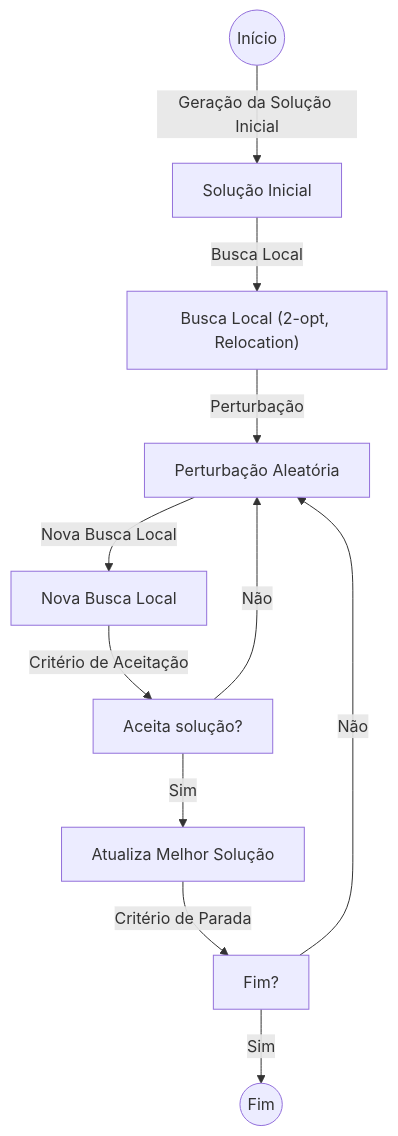
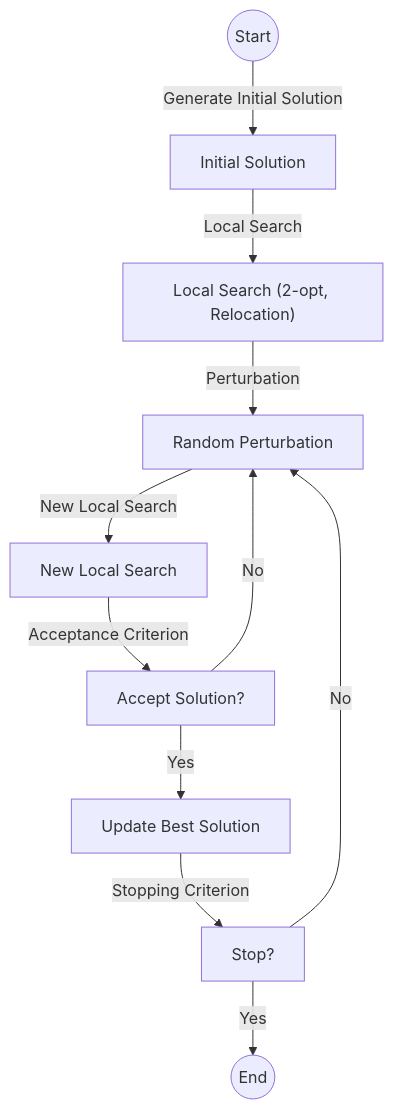
Before and after one commit to IsaacKosloski/CapacitatedVehicleRoutingProblem-ILS: the diagram in README.md, drawn with Mermaid. The commit also changed other lines of this file, not shown here.

````diff
--- a/README.md
+++ b/README.md
@@ -55,13 +56,13 @@
 ```mermaid
 graph TD;
-    Start((Início)) -->|Geração da Solução Inicial| Init["Solução Inicial"];
-    Init -->|Busca Local| LocalSearch["Busca Local (2-opt, Relocation)"];
-    LocalSearch -->|Perturbação| Perturb["Perturbação Aleatória"];
-    Perturb -->|Nova Busca Local| LocalSearch2["Nova Busca Local"];
-    LocalSearch2 -->|Critério de Aceitação| Accept["Aceita solução?"];
-    Accept -- Sim --> BestUpdate["Atualiza Melhor Solução"];
-    Accept -- Não --> Perturb;
-    BestUpdate -->|Critério de Parada| Stop["Fim?"];
-    Stop -- Sim --> End((Fim));
-    Stop -- Não --> Perturb;
+    Start((Start)) -->|Generate Initial Solution| Init["Initial Solution"];
+    Init -->|Local Search| LocalSearch["Local Search (2-opt, Relocation)"];
+    LocalSearch -->|Perturbation| Perturb["Random Perturbation"];
+    Perturb -->|New Local Search| LocalSearch2["New Local Search"];
+    LocalSearch2 -->|Acceptance Criterion| Accept["Accept Solution?"];
+    Accept -- Yes --> BestUpdate["Update Best Solution"];
+    Accept -- No --> Perturb;
+    BestUpdate -->|Stopping Criterion| Stop["Stop?"];
+    Stop -- Yes --> End((End));
+    Stop -- No --> Perturb;
 ```
````
